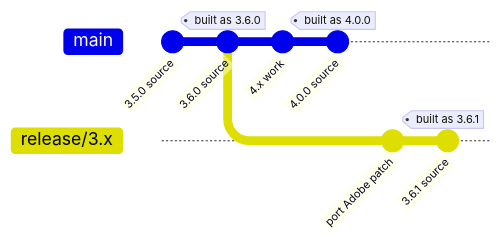
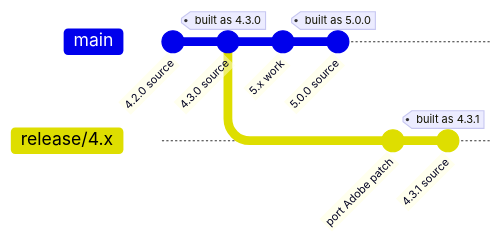
Before and after one commit to marcelmtz/generate-mirror-repo-js: the second of 2 diagrams in RELEASE-GRACE-WINDOW-PROPOSAL.md, drawn with Mermaid. The commit also changed other lines of this file and 2 other files, not shown here.

````diff
--- a/RELEASE-GRACE-WINDOW-PROPOSAL.md
+++ b/RELEASE-GRACE-WINDOW-PROPOSAL.md
@@ -98,12 +105,12 @@
 ```mermaid
 gitGraph
-    commit id: "3.5.0 source"
-    commit id: "3.6.0 source" tag: "built as 3.6.0"
-    branch release/3.x
+    commit id: "4.2.0 source"
+    commit id: "4.3.0 source" tag: "built as 4.3.0"
+    branch release/4.x
     checkout main
-    commit id: "4.x work"
-    commit id: "4.0.0 source" tag: "built as 4.0.0"
-    checkout release/3.x
+    commit id: "5.x work"
+    commit id: "5.0.0 source" tag: "built as 5.0.0"
+    checkout release/4.x
     commit id: "port Adobe patch"
-    commit id: "3.6.1 source" tag: "built as 3.6.1"
+    commit id: "4.3.1 source" tag: "built as 4.3.1"
 ```
````
